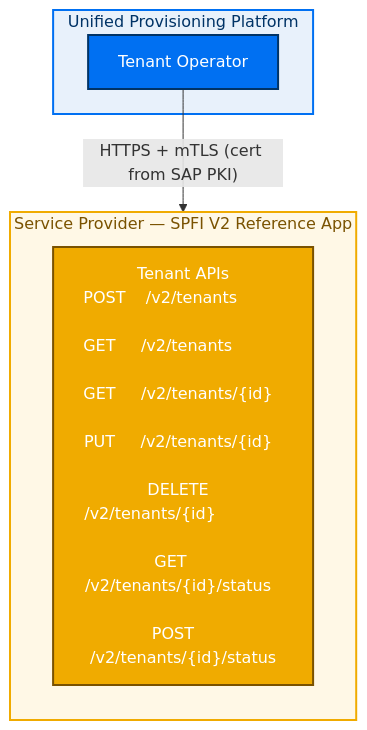
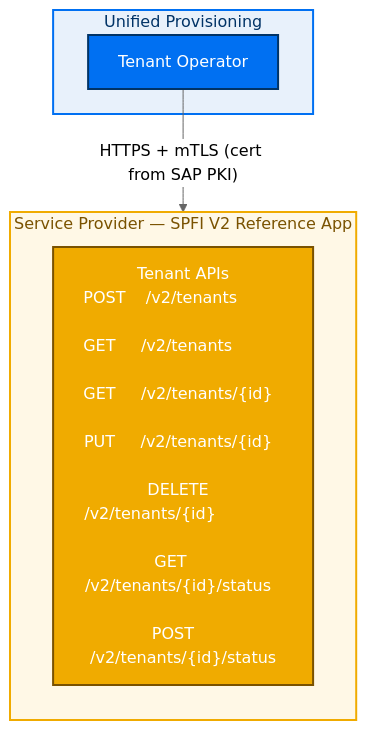
Before and after one commit to SAP-samples/SPFI-Reference-Application: the first of 8 diagrams in README.md, drawn with Mermaid. The commit also changed other lines of this file and 1 other file, not shown here.

````diff
--- a/README.md
+++ b/README.md
@@ -45,17 +48,18 @@
 ```mermaid
+%%{init: {'theme': 'neutral', 'themeVariables': {'background': '#ffffff'}}}%%
 graph TB
-    subgraph UPP["Unified Provisioning Platform"]
+    subgraph UPP["Unified Provisioning"]
         OP["Tenant Operator"]
     end
 
     subgraph SPA["Service Provider — SPFI V2 Reference App"]
         TAPI["Tenant APIs\nPOST    /v2/tenants                      \nGET     /v2/tenants                      \nGET     /v2/tenants/{id}                 \nPUT     /v2/tenants/{id}                 \nDELETE  /v2/tenants/{id}                 \nGET     /v2/tenants/{id}/status          \nPOST    /v2/tenants/{id}/status          "]
     end
 
     OP -->|"HTTPS + mTLS (cert from SAP PKI)"| SPA
 
     style UPP fill:#E8F1FB,stroke:#0070F2,stroke-width:2px,color:#003366
     style SPA fill:#FFF8E6,stroke:#F0AB00,stroke-width:2px,color:#7A5200
     style OP fill:#0070F2,stroke:#003366,stroke-width:2px,color:#ffffff
     style TAPI fill:#F0AB00,stroke:#7A5200,stroke-width:2px,color:#ffffff
 ```
````
